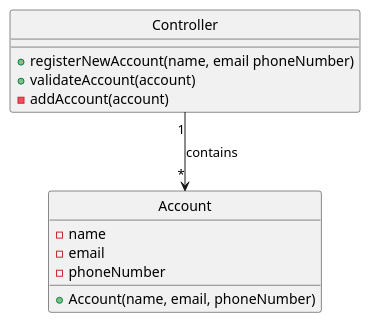
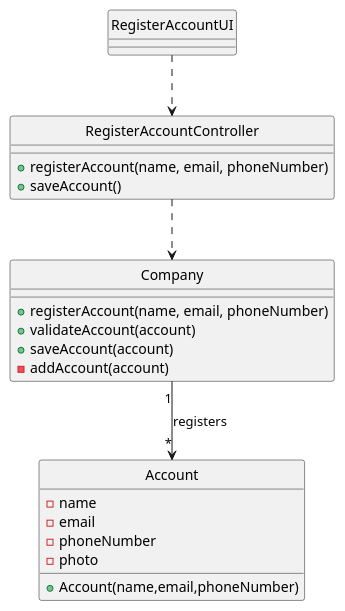
The diagram in docs/modelling_design/user_stories/us002/US002_Class_Diagram.puml (Loracline/project_switch_22-23), drawn with PlantUML before and after one commit. The commit also changed 9 other files, not shown here.

Commit message:
US002: Design - Refinement of Class Diagram (UC: To Register Account)

```diff
--- a/docs/modelling_design/user_stories/us002/US002_Class_Diagram.puml
+++ b/docs/modelling_design/user_stories/us002/US002_Class_Diagram.puml
@@ -1,22 +1,36 @@
 @startuml
-class Controller
-class Account
+'https://plantuml.com/class-diagram
 
-class Controller {
-+registerNewAccount(name, email phoneNumber)
+class "RegisterAccountUI"{
+}
+
+class "RegisterAccountController" {
++registerAccount(name, email, phoneNumber)
++saveAccount()
+}
+
+class "Company" {
++registerAccount(name, email, phoneNumber)
 +validateAccount(account)
++saveAccount(account)
 -addAccount(account)
 }
 
-class Account {
+class "Account" {
 -name
 -email
 -phoneNumber
-+Account(name, email, phoneNumber)
+-photo
++Account(name,email,phoneNumber)
 }
 
-Controller "1" --> "*" Account: contains
+hide "Account" circle
+hide "RegisterAccountController" circle
+hide "RegisterAccountUI" circle
+hide "Company" circle
 
-hide Controller circle
-hide Account circle
+"RegisterAccountUI" ..>  "RegisterAccountController"
+"RegisterAccountController" ..>  "Company"
+"Company" "1" --> "*" "Account": registers
+
 @enduml
```
